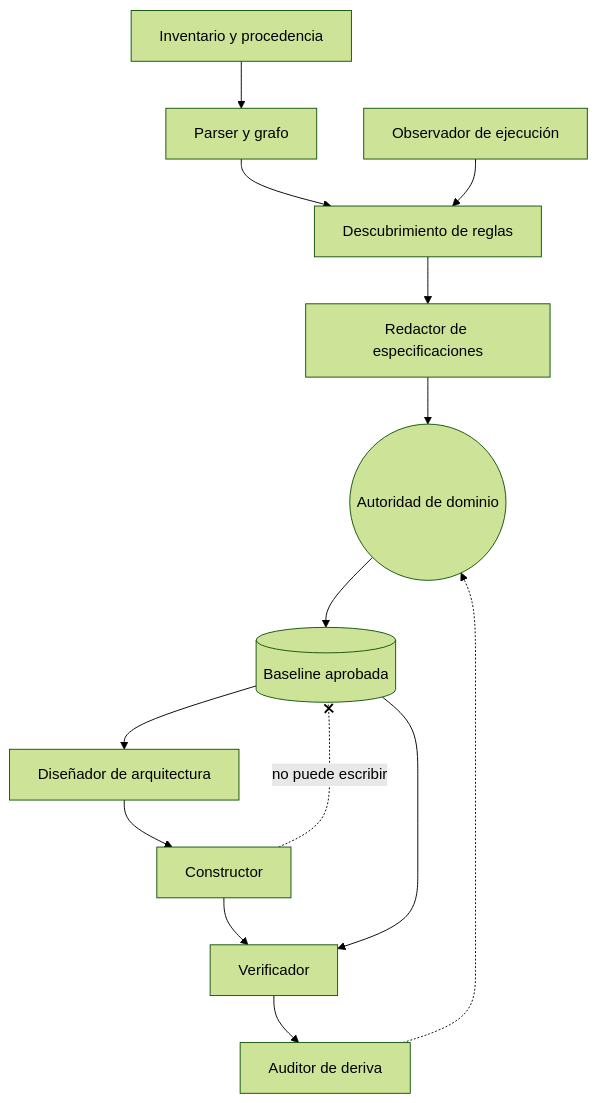
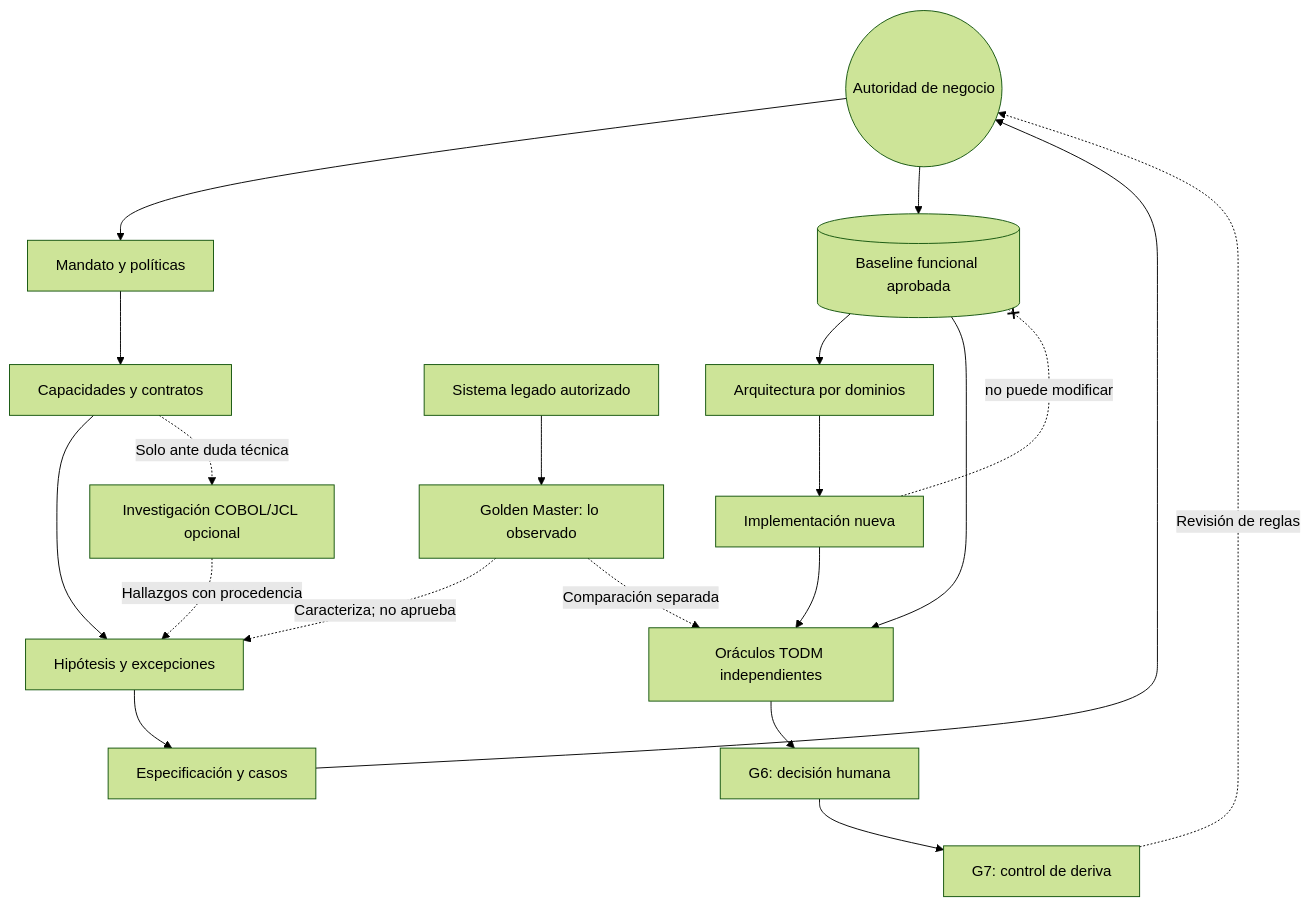
One commit to jmfloreszazo/de-la-caja-negra-a-la-evidencia changed the diagram in book/figures/src/es/agent_chain.mmd. Above: the diagram before and after it, drawn with Mermaid (forest theme).

Commit message:
book(figures): replace parser-first graph with capability-first TODM and separate Golden Master (#54)

```diff
--- a/book/figures/src/es/agent_chain.mmd
+++ b/book/figures/src/es/agent_chain.mmd
@@ -1,14 +1,20 @@
 flowchart TB
-  inv["Inventario y procedencia"] --> parse["Parser y grafo"]
-  parse --> rules["Descubrimiento de reglas"]
-  obs["Observador de ejecución"] --> rules
-  rules --> spec["Redactor de especificaciones"]
-  spec --> owner(("Autoridad de dominio"))
-  owner --> base[("Baseline aprobada")]
-  base --> arch["Diseñador de arquitectura"]
-  arch --> build["Constructor"]
-  build --> ver["Verificador"]
+  owner(("Autoridad de negocio")) --> scope["Mandato y políticas"]
+  scope --> inv["Capacidades y contratos"]
+  legacy["Sistema legado autorizado"] --> obs["Golden Master: lo observado"]
+  inv --> rules["Hipótesis y excepciones"]
+  obs -. "Caracteriza; no aprueba" .-> rules
+  inv -. "Solo ante duda técnica" .-> parse["Investigación COBOL/JCL opcional"]
+  parse -. "Hallazgos con procedencia" .-> rules
+  rules --> spec["Especificación y casos"]
+  spec --> owner
+  owner --> base[("Baseline funcional aprobada")]
+  base --> arch["Arquitectura por dominios"]
+  arch --> build["Implementación nueva"]
+  build --> ver["Oráculos TODM independientes"]
   base --> ver
-  ver --> drift["Auditor de deriva"]
-  drift -.-> owner
-  build -. "no puede escribir" .-x base
+  obs -. "Comparación separada" .-> ver
+  ver --> release["G6: decisión humana"]
+  release --> drift["G7: control de deriva"]
+  drift -. "Revisión de reglas" .-> owner
+  build -. "no puede modificar" .-x base
```
